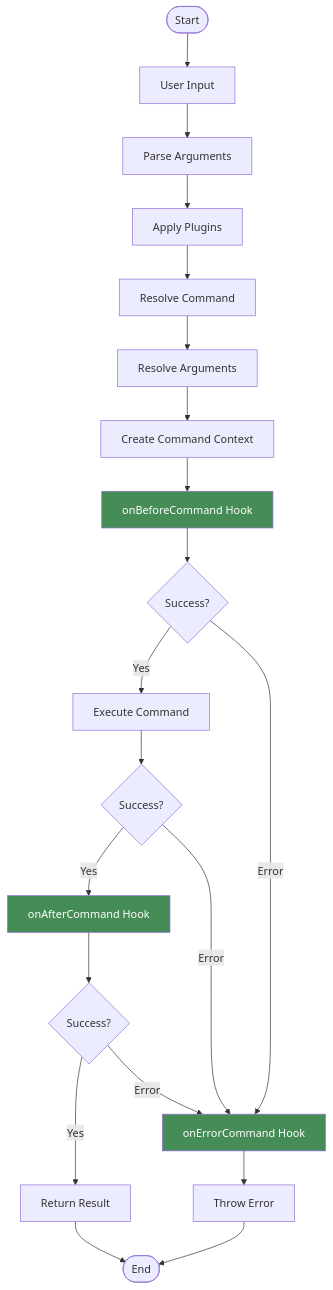
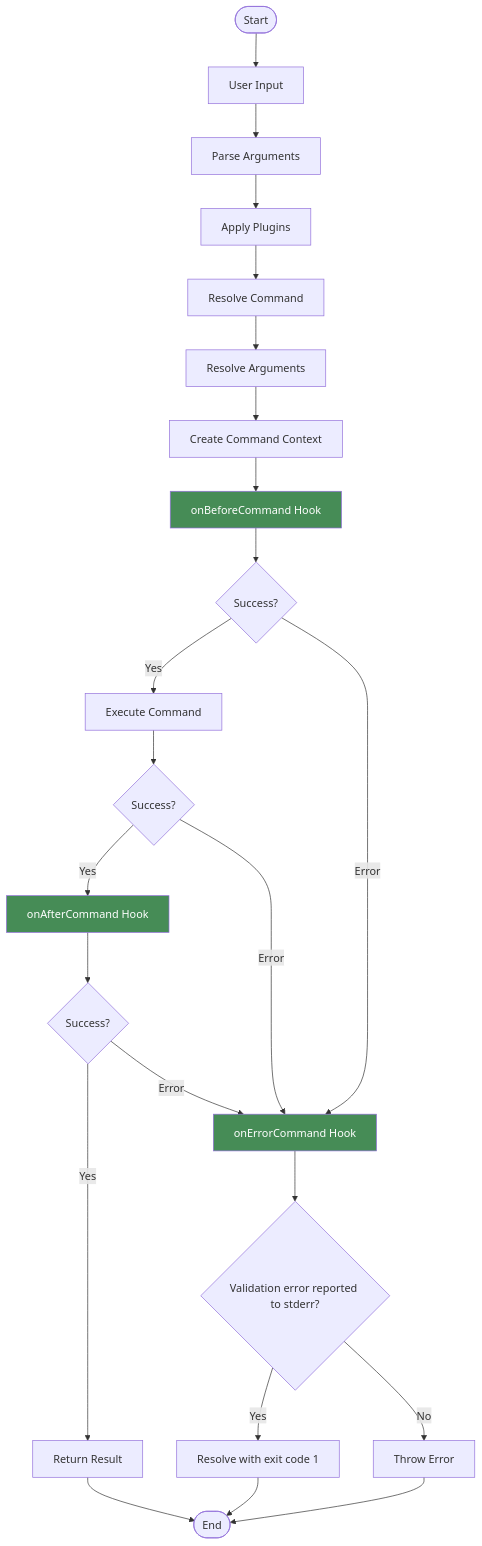
Before and after one commit to kazupon/gunshi: the first of 2 diagrams in packages/docs/src/guide/advanced/command-hooks.md, drawn with Mermaid. The commit also changed other lines of this file and 17 other files, not shown here.

First line of the commit message:
breaking(plugin-global): report validation errors to stderr without rejecting (#844)

````diff
--- a/packages/docs/src/guide/advanced/command-hooks.md
+++ b/packages/docs/src/guide/advanced/command-hooks.md
@@ -11,26 +11,29 @@
 ```mermaid
 graph TD
     Start([Start]) --> A[User Input]
     A --> B[Parse Arguments]
     B --> C[Apply Plugins]
     C --> D[Resolve Command]
     D --> E[Resolve Arguments]
     E --> F[Create Command Context]
     F --> G[onBeforeCommand Hook]
     G --> H{Success?}
     H -->|Yes| I[Execute Command]
     H -->|Error| K[onErrorCommand Hook]
     I --> J{Success?}
     J -->|Yes| L[onAfterCommand Hook]
     J -->|Error| K
     L --> M{Success?}
     M -->|Yes| N[Return Result]
     M -->|Error| K
-    K --> O[Throw Error]
+    K --> Q{Validation error reported to stderr?}
+    Q -->|Yes| R[Resolve with exit code 1]
+    Q -->|No| O[Throw Error]
     N --> P([End])
     O --> P
+    R --> P
 
     style G fill:#468c56,color:white
     style L fill:#468c56,color:white
     style K fill:#468c56,color:white
 ```
````
